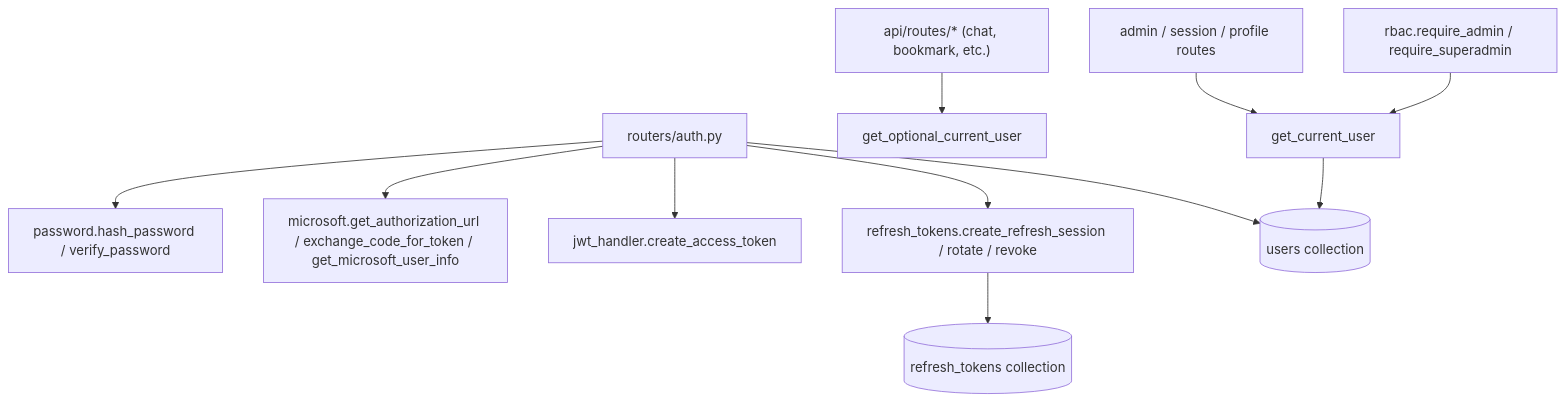
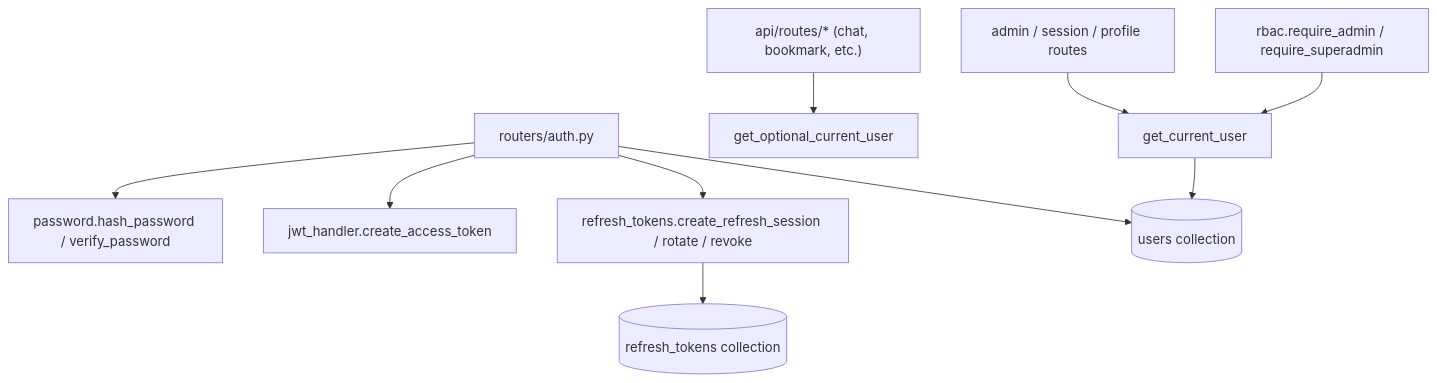
The diagram in src/RAG_v2/auth/MODULE.md (hoainam183/GR), drawn with Mermaid before and after one commit. The commit also changed other lines of this file and 87 other files, not shown here.

````diff
--- a/src/RAG_v2/auth/MODULE.md
+++ b/src/RAG_v2/auth/MODULE.md
@@ -125,13 +103,12 @@
 ```mermaid
 flowchart TD
   AuthRouter["routers/auth.py"] --> Password["password.hash_password / verify_password"]
-  AuthRouter --> OAuth["microsoft.get_authorization_url / exchange_code_for_token / get_microsoft_user_info"]
   AuthRouter --> JWTCreate["jwt_handler.create_access_token"]
   AuthRouter --> Refresh["refresh_tokens.create_refresh_session / rotate / revoke"]
   Refresh --> MongoRefresh[("refresh_tokens collection")]
   AuthRouter --> Users[("users collection")]
   ClientRoutes["api/routes/* (chat, bookmark, etc.)"] --> OptionalUser["get_optional_current_user"]
   ProtectedRoutes["admin / session / profile routes"] --> CurrentUser["get_current_user"]
   RBAC["rbac.require_admin / require_superadmin"] --> CurrentUser
   CurrentUser --> Users
 ```
````
